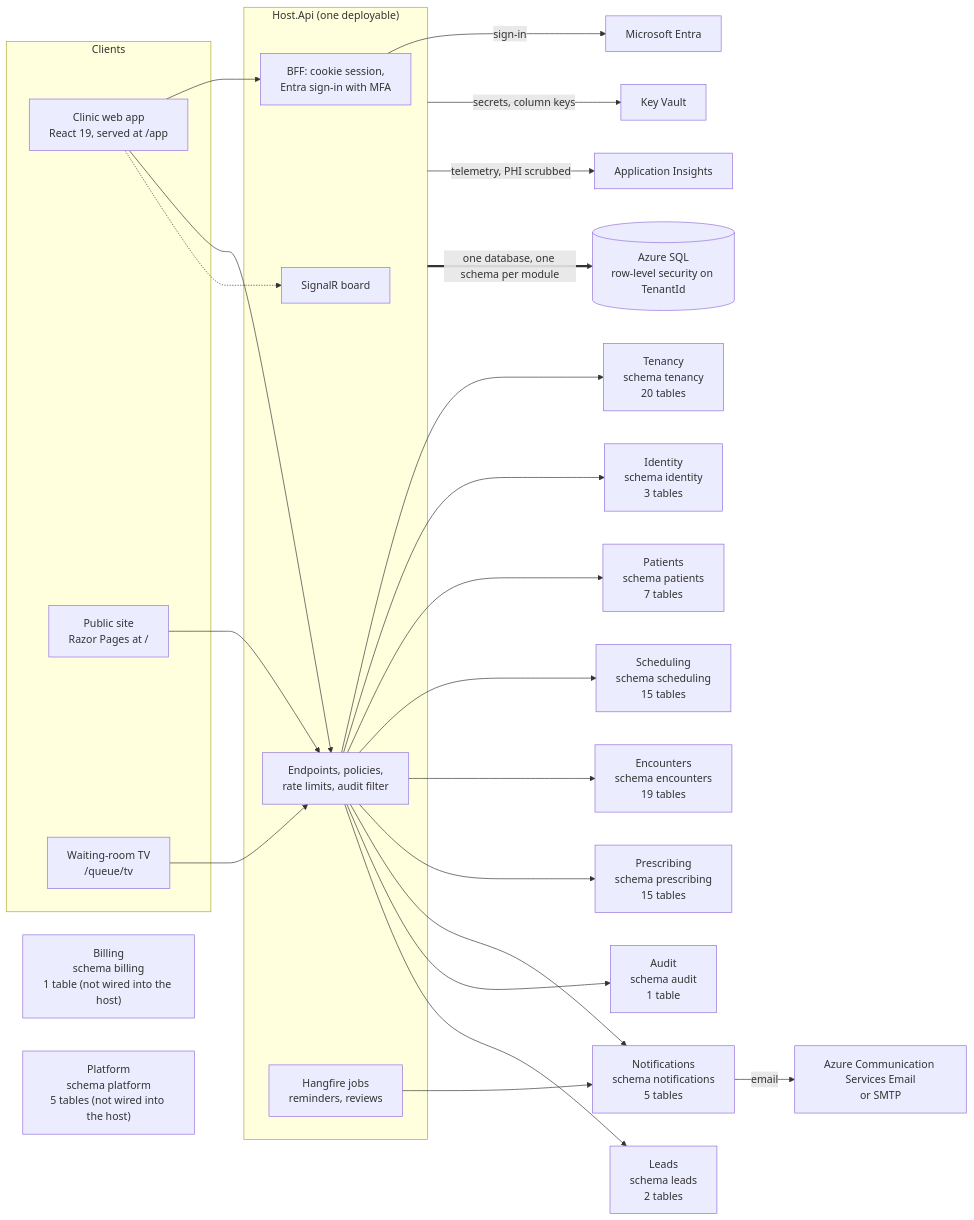
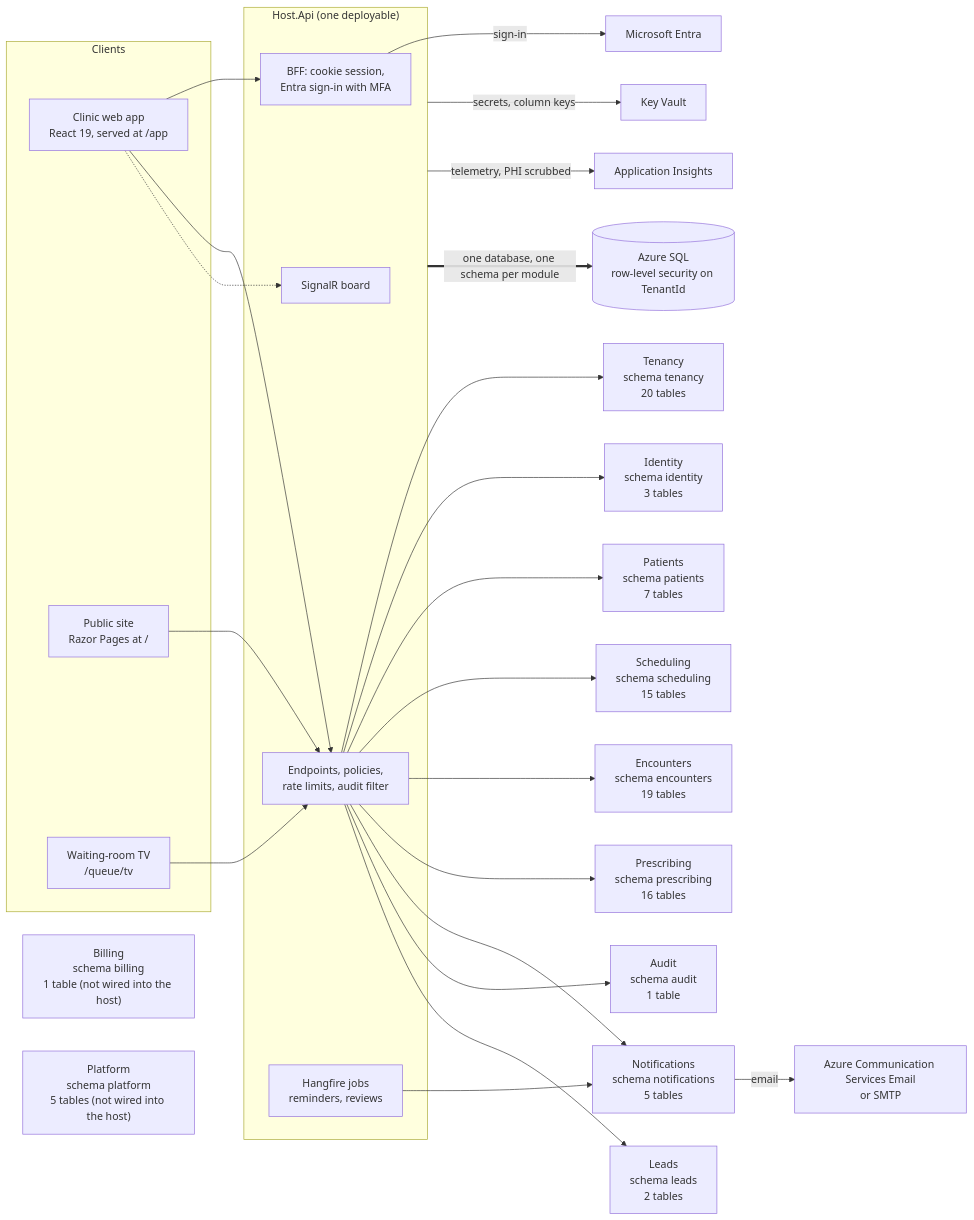
One commit to ALFRED-LUCIFER/medvya changed the first of 14 diagrams in docs/03-architecture/erd.md. Above: the diagram before and after it, drawn with Mermaid. The commit also changed other lines of this file and 77 other files, not shown here.

````diff
--- a/docs/03-architecture/erd.md
+++ b/docs/03-architecture/erd.md
@@ -15,36 +15,36 @@
 ```mermaid
 flowchart LR
   subgraph Clients
     web["Clinic web app<br/>React 19, served at /app"]
     site["Public site<br/>Razor Pages at /"]
     tv["Waiting-room TV<br/>/queue/tv"]
   end
   subgraph Host["Host.Api (one deployable)"]
     bff["BFF: cookie session,<br/>Entra sign-in with MFA"]
     api["Endpoints, policies,<br/>rate limits, audit filter"]
     hub["SignalR board"]
     jobs["Hangfire jobs<br/>reminders, reviews"]
   end
   web --> bff
   web --> api
   web -.-> hub
   tv --> api
   site --> api
   api --> Tenancy["Tenancy<br/>schema tenancy<br/>20 tables"]
   api --> Identity["Identity<br/>schema identity<br/>3 tables"]
   api --> Patients["Patients<br/>schema patients<br/>7 tables"]
   api --> Scheduling["Scheduling<br/>schema scheduling<br/>15 tables"]
   api --> Encounters["Encounters<br/>schema encounters<br/>19 tables"]
-  api --> Prescribing["Prescribing<br/>schema prescribing<br/>15 tables"]
+  api --> Prescribing["Prescribing<br/>schema prescribing<br/>16 tables"]
   api --> Notifications["Notifications<br/>schema notifications<br/>5 tables"]
   api --> Audit["Audit<br/>schema audit<br/>1 table"]
   api --> Leads["Leads<br/>schema leads<br/>2 tables"]
   Billing["Billing<br/>schema billing<br/>1 table (not wired into the host)"]
   Platform["Platform<br/>schema platform<br/>5 tables (not wired into the host)"]
   jobs --> Notifications
   bff -->|"sign-in"| entra["Microsoft Entra"]
   Notifications -->|"email"| mail["Azure Communication Services Email<br/>or SMTP"]
   Host -->|"secrets, column keys"| kv["Key Vault"]
   Host -->|"telemetry, PHI scrubbed"| ai["Application Insights"]
   Host ==>|"one database, one schema per module"| sql[("Azure SQL<br/>row-level security on TenantId")]
 ```
````
